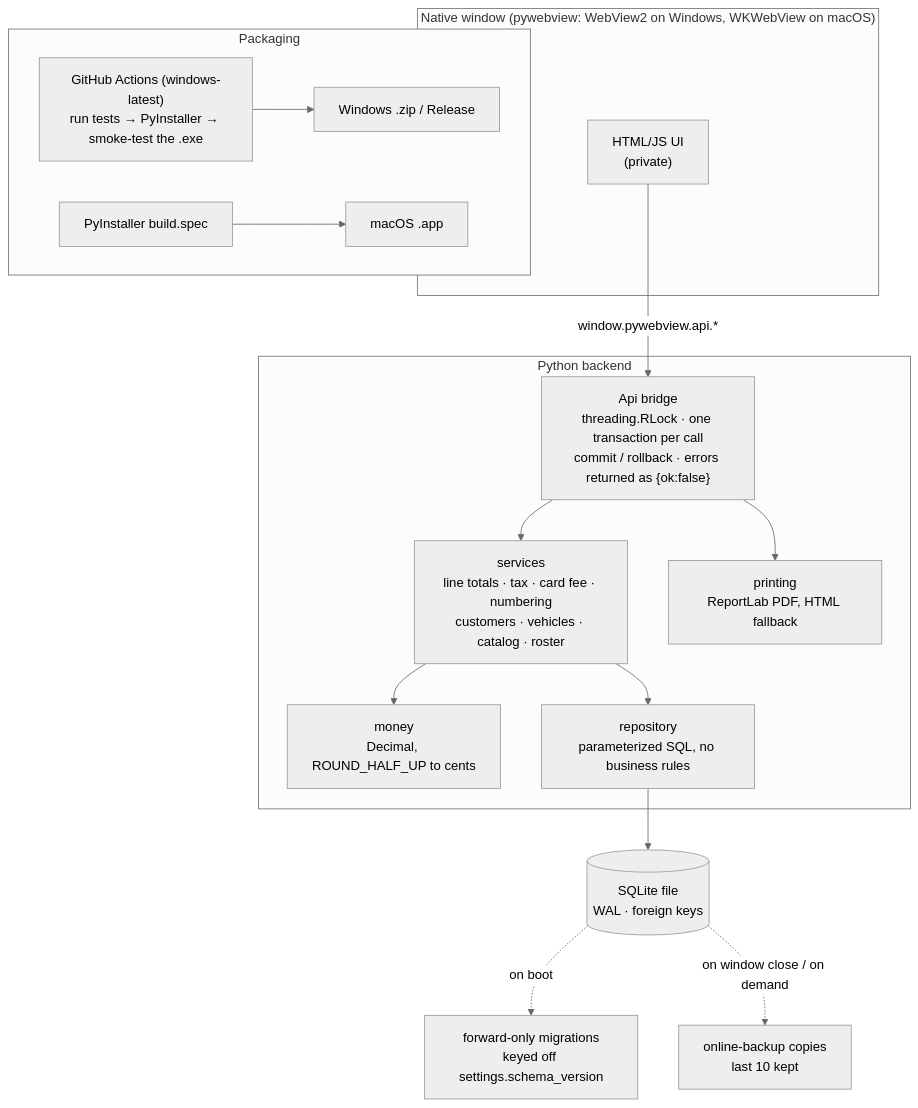
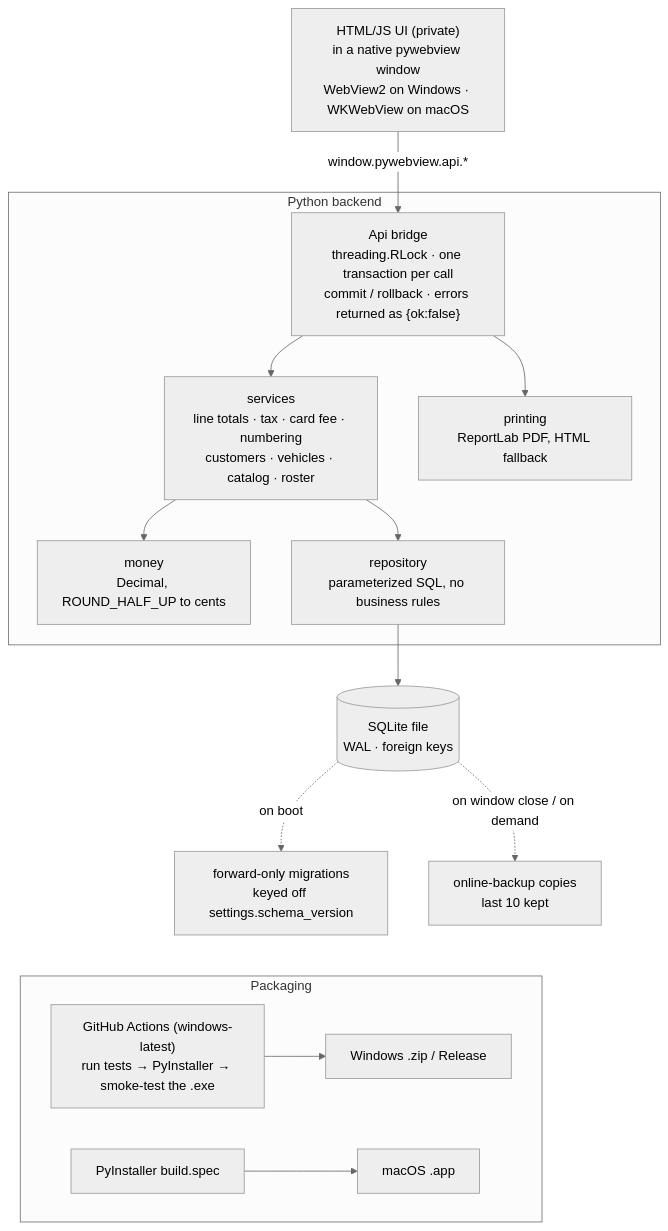
Before and after one commit to GeorgeKhalil123/whiting-auto-center-showcase: the diagram in README.md, drawn with Mermaid (neutral theme). The commit also changed other lines of this file and 10 other files, not shown here.

````diff
--- a/README.md
+++ b/README.md
@@ -18,27 +20,27 @@
 ```mermaid
 flowchart TD
-    subgraph Desktop["Native window (pywebview: WebView2 on Windows, WKWebView on macOS)"]
-        UI["HTML/JS UI<br/>(private)"]
-    end
+    UI["HTML/JS UI (private)<br/>in a native pywebview window<br/>WebView2 on Windows · WKWebView on macOS"]
     UI -- "window.pywebview.api.*" --> API
 
     subgraph Backend["Python backend"]
         API["Api bridge<br/>threading.RLock · one transaction per call<br/>commit / rollback · errors returned as {ok:false}"]
         SVC["services<br/>line totals · tax · card fee · numbering<br/>customers · vehicles · catalog · roster"]
         MONEY["money<br/>Decimal, ROUND_HALF_UP to cents"]
         REPO["repository<br/>parameterized SQL, no business rules"]
         PRINT["printing<br/>ReportLab PDF, HTML fallback"]
         API --> SVC --> REPO
         SVC --> MONEY
         API --> PRINT
     end
 
     REPO --> DB[("SQLite file<br/>WAL · foreign keys")]
     DB -. "on boot" .-> MIG["forward-only migrations<br/>keyed off settings.schema_version"]
     DB -. "on window close / on demand" .-> BK["online-backup copies<br/>last 10 kept"]
 
+    MIG ~~~ Ship
     subgraph Ship["Packaging"]
+        direction LR
         GHA["GitHub Actions (windows-latest)<br/>run tests → PyInstaller → smoke-test the .exe"] --> ZIP["Windows .zip / Release"]
         PYI["PyInstaller build.spec"] --> MAC["macOS .app"]
     end
 ```
````
